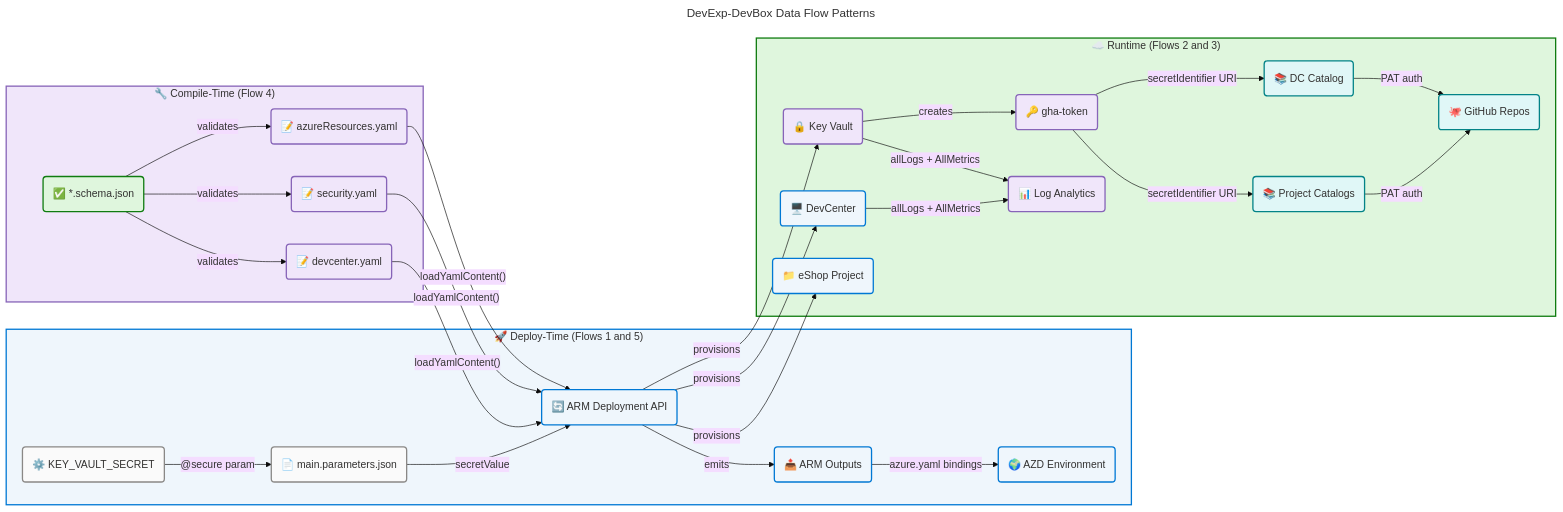
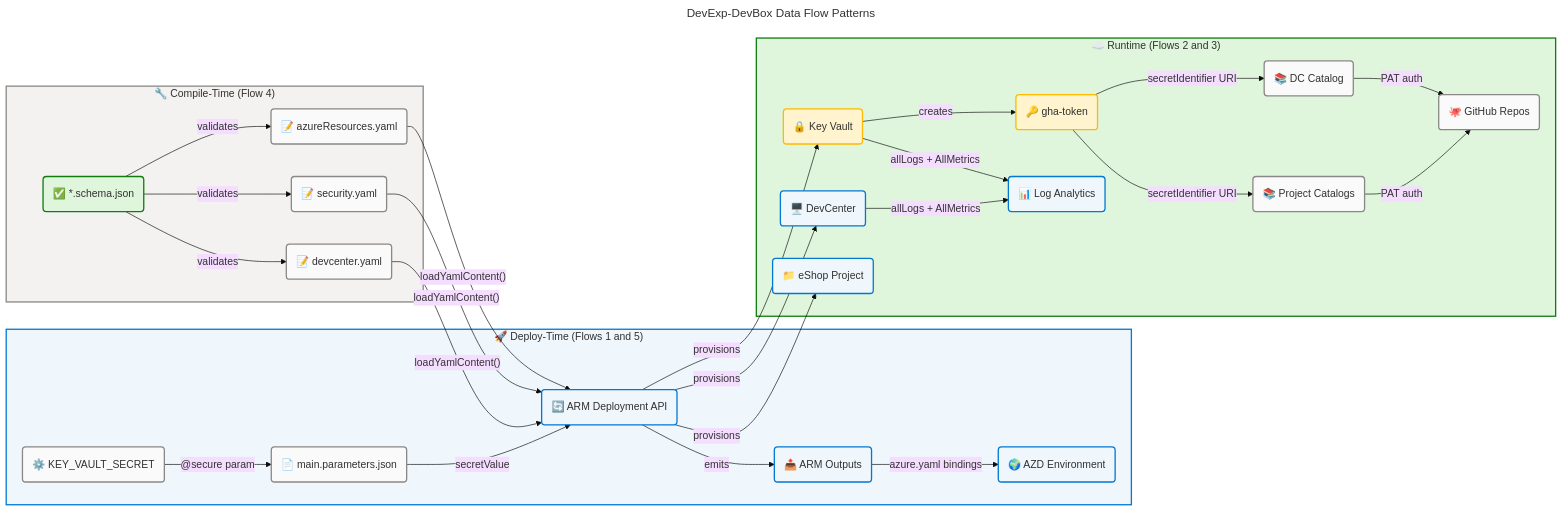
Before and after one commit to Evilazaro/DevExp-DevBox: the fourth of 5 diagrams in docs/architecture/data-architecture.md, drawn with Mermaid. The commit also changed other lines of this file, not shown here.

Commit message:
refactor: Update diagram styles for improved visual consistency in configuration and runtime sections

````diff
--- a/docs/architecture/data-architecture.md
+++ b/docs/architecture/data-architecture.md
@@ -1014,9 +1014,9 @@
     %% ═══════════════════════════════════════════════════════════════════════════
 
     subgraph compiletime["🔧 Compile-Time (Flow 4)"]
-        yaml1("📝 azureResources.yaml"):::data
-        yaml2("📝 security.yaml"):::data
-        yaml3("📝 devcenter.yaml"):::data
+        yaml1("📝 azureResources.yaml"):::neutral
+        yaml2("📝 security.yaml"):::neutral
+        yaml3("📝 devcenter.yaml"):::neutral
         schema1("✅ *.schema.json"):::success
     end
 
@@ -1029,14 +1029,14 @@
     end
 
     subgraph runtime["☁️ Runtime (Flows 2 and 3)"]
-        kvStore("🔒 Key Vault"):::data
-        secretEntity("🔑 gha-token"):::data
-        law("📊 Log Analytics"):::data
+        kvStore("🔒 Key Vault"):::warning
+        secretEntity("🔑 gha-token"):::warning
+        law("📊 Log Analytics"):::core
         dcNode("🖥️ DevCenter"):::core
         projNode("📁 eShop Project"):::core
-        dcCat("📚 DC Catalog"):::external
-        projCat("📚 Project Catalogs"):::external
-        gitHub("🐙 GitHub Repos"):::external
+        dcCat("📚 DC Catalog"):::neutral
+        projCat("📚 Project Catalogs"):::neutral
+        gitHub("🐙 GitHub Repos"):::neutral
     end
 
     yaml1 -->|"loadYamlContent()"| armDeploy
@@ -1062,13 +1062,12 @@
 
     %% Centralized classDef declarations
     classDef core fill:#EFF6FC,stroke:#0078D4,stroke-width:2px,color:#323130
-    classDef data fill:#F0E6FA,stroke:#8764B8,stroke-width:2px,color:#323130
     classDef success fill:#DFF6DD,stroke:#107C10,stroke-width:2px,color:#323130
-    classDef external fill:#E0F7F7,stroke:#038387,stroke-width:2px,color:#323130
+    classDef warning fill:#FFF4CE,stroke:#FFB900,stroke-width:2px,color:#323130
     classDef neutral fill:#FAFAFA,stroke:#8A8886,stroke-width:2px,color:#323130
 
     %% Subgraph style directives (MRM-C001: functional siblings use distinct semantic colors)
-    style compiletime fill:#F0E6FA,stroke:#8764B8,stroke-width:2px,color:#323130
+    style compiletime fill:#F3F2F1,stroke:#8A8886,stroke-width:2px,color:#323130
     style deploy fill:#EFF6FC,stroke:#0078D4,stroke-width:2px,color:#323130
     style runtime fill:#DFF6DD,stroke:#107C10,stroke-width:2px,color:#323130
 ```
````
